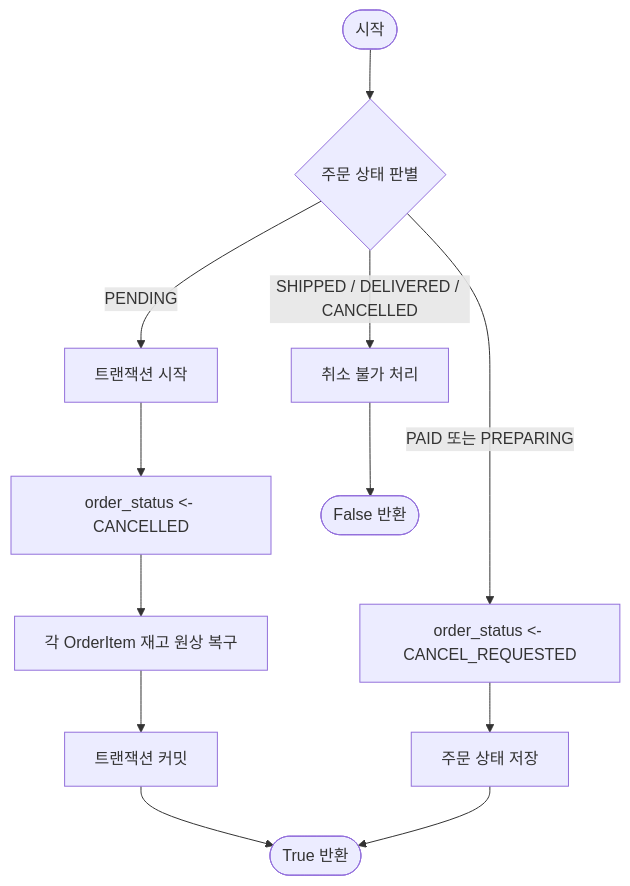
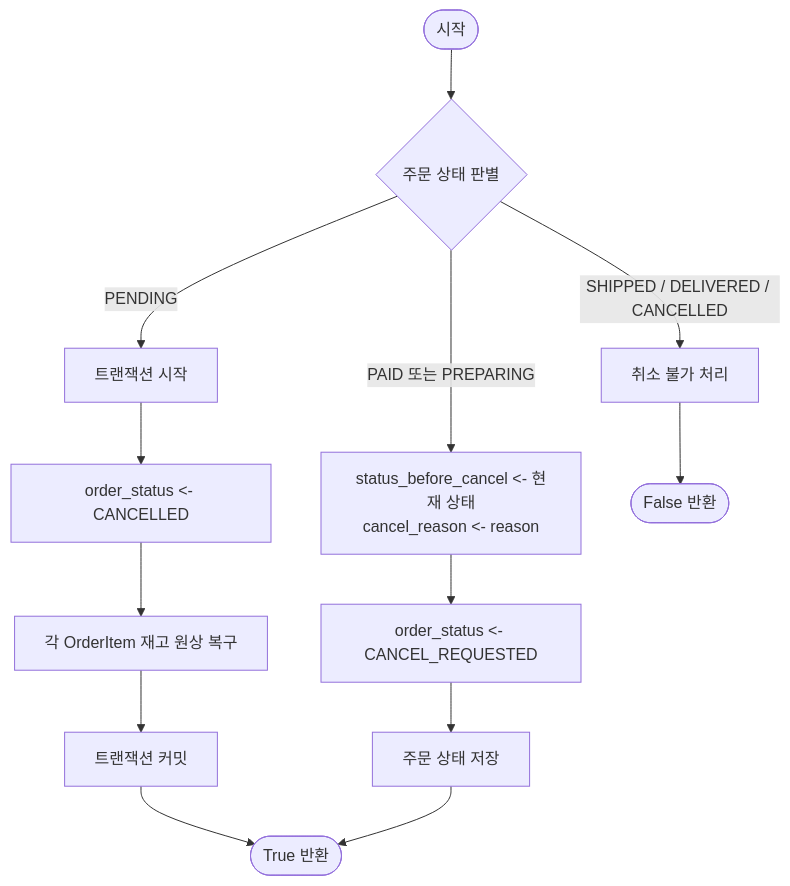
One commit to seren-wib/coffee-shop changed the second of 2 diagrams in docs/backend/method-algorithms.md. Above: the diagram before and after it, drawn with Mermaid. The commit also changed other lines of this file and 3 other files, not shown here.

First line of the commit message:
docs(backend): store previous status and reason on cancel request

````diff
--- a/docs/backend/method-algorithms.md
+++ b/docs/backend/method-algorithms.md
@@ -176,15 +177,16 @@
 ```mermaid
 flowchart TD
     Start([시작]) --> CheckStatus{주문 상태 판별}
     
     CheckStatus -- PENDING --> StartTx[트랜잭션 시작]
     StartTx --> SetCancelled[order_status <- CANCELLED]
     SetCancelled --> RestoreStock[각 OrderItem 재고 원상 복구]
     RestoreStock --> CommitTx[트랜잭션 커밋] --> ReturnTrue([True 반환])
     
-    CheckStatus -- PAID 또는 PREPARING --> SetReq[order_status <- CANCEL_REQUESTED]
+    CheckStatus -- PAID 또는 PREPARING --> SaveBefore[status_before_cancel <- 현재 상태<br>cancel_reason <- reason]
+    SaveBefore --> SetReq[order_status <- CANCEL_REQUESTED]
     SetReq --> SaveOrder[주문 상태 저장] --> ReturnTrue
     
     CheckStatus -- SHIPPED / DELIVERED / CANCELLED --> Reject[취소 불가 처리]
     Reject --> ReturnFalse([False 반환])
 ```
````
